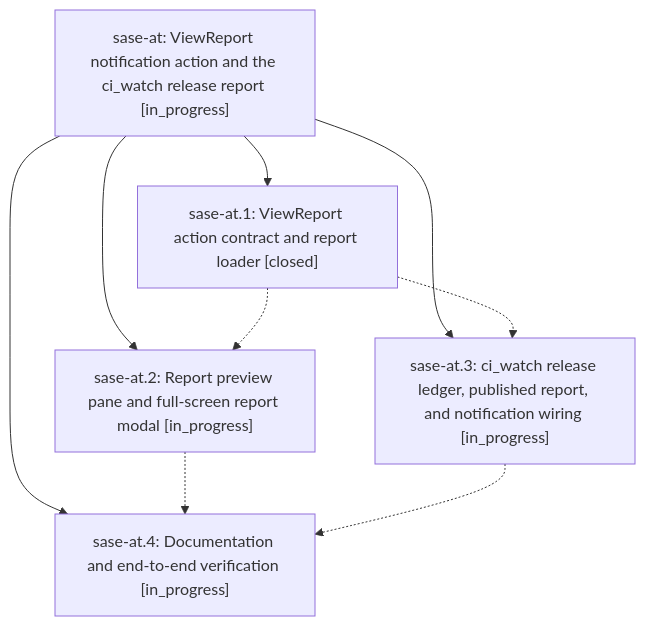
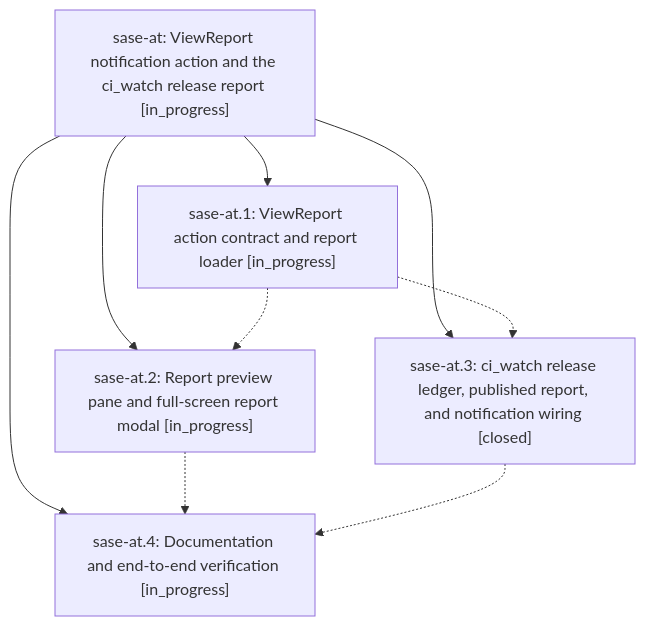
The diagram in pages/sase-at/README.md (sase-org/sase--beads), drawn with Mermaid before and after one commit. The commit also changed other lines of this file and 4 other files, not shown here.

````diff
--- a/pages/sase-at/README.md
+++ b/pages/sase-at/README.md
@@ -25,16 +25,16 @@
 ```mermaid
 flowchart TD
     n0["sase-at: ViewReport notification action and the ci_watch release report [in_progress]"]
-    n1["sase-at.1: ViewReport action contract and report loader [closed]"]
+    n1["sase-at.1: ViewReport action contract and report loader [in_progress]"]
     n2["sase-at.2: Report preview pane and full-screen report modal [in_progress]"]
-    n3["sase-at.3: ci_watch release ledger, published report, and notification wiring [in_progress]"]
+    n3["sase-at.3: ci_watch release ledger, published report, and notification wiring [closed]"]
     n4["sase-at.4: Documentation and end-to-end verification [in_progress]"]
     n0 --> n1
     n0 --> n2
     n0 --> n3
     n0 --> n4
     n1 -.-> n2
     n1 -.-> n3
     n2 -.-> n4
     n3 -.-> n4
 ```
````
